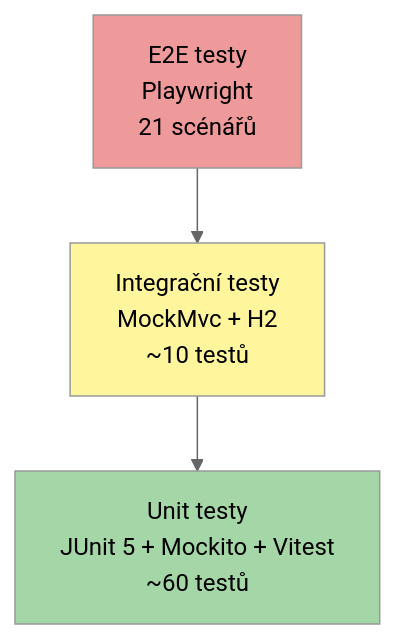
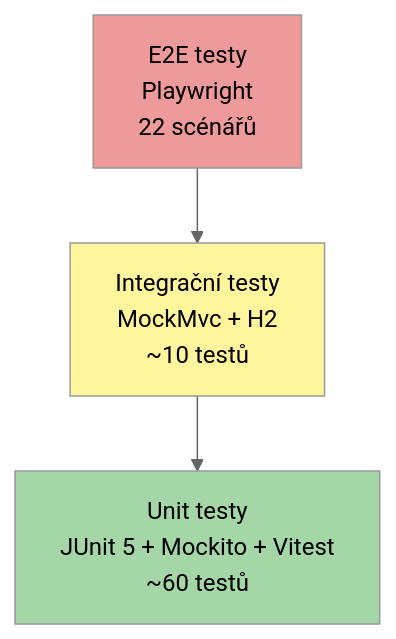
One commit to ifischerova/runners-for-runners changed diagram 11 of 11 in SDD.md. Above: the diagram before and after it, drawn with Mermaid (neutral theme). The commit also changed other lines of this file and 4 other files, not shown here.

````diff
--- a/SDD.md
+++ b/SDD.md
@@ -768,13 +768,13 @@
 ```mermaid
 flowchart TB
-    E2E[E2E testy<br/>Playwright<br/>21 scénářů]
+    E2E[E2E testy<br/>Playwright<br/>22 scénářů]
     INT[Integrační testy<br/>MockMvc + H2<br/>~10 testů]
     UNIT[Unit testy<br/>JUnit 5 + Mockito + Vitest<br/>~60 testů]
 
     E2E --> INT
     INT --> UNIT
 
     style UNIT fill:#a5d6a7
     style INT fill:#fff59d
     style E2E fill:#ef9a9a
 ```
````
